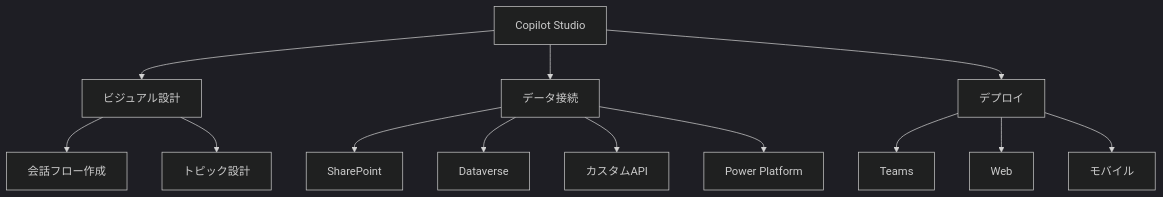
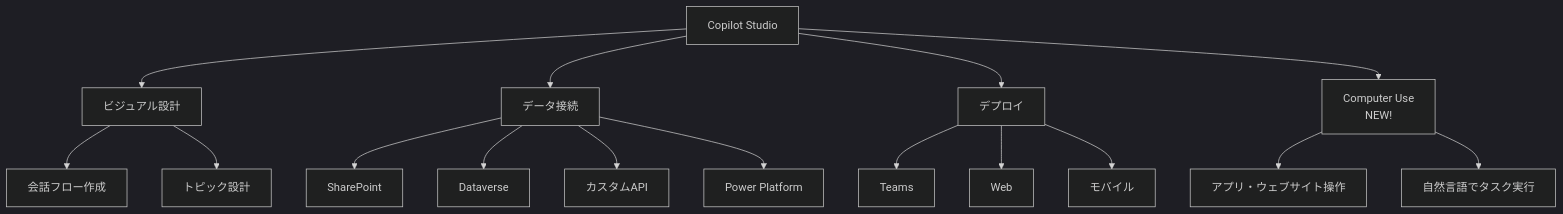
Diagram 12 of 16 in 04_Microsoft.md (t2k2pp/ccw_book001), drawn with Mermaid (dark theme) before and after one commit. The commit also changed other lines of this file and 4 other files, not shown here.

````diff
--- a/04_Microsoft.md
+++ b/04_Microsoft.md
@@ -413,18 +448,22 @@
 ```mermaid
 flowchart TD
     A[Copilot Studio] --> B[ビジュアル設計]
     A --> C[データ接続]
     A --> D[デプロイ]
+    A --> E[Computer Use<br/>NEW!]
 
-    B --> E[会話フロー作成]
-    B --> F[トピック設計]
+    B --> F[会話フロー作成]
+    B --> G[トピック設計]
 
-    C --> G[SharePoint]
-    C --> H[Dataverse]
-    C --> I[カスタムAPI]
-    C --> J[Power Platform]
+    C --> H[SharePoint]
+    C --> I[Dataverse]
+    C --> J[カスタムAPI]
+    C --> K[Power Platform]
 
-    D --> K[Teams]
-    D --> L[Web]
-    D --> M[モバイル]
+    D --> L[Teams]
+    D --> M[Web]
+    D --> N[モバイル]
+
+    E --> O[アプリ・ウェブサイト操作]
+    E --> P[自然言語でタスク実行]
 ```
````
